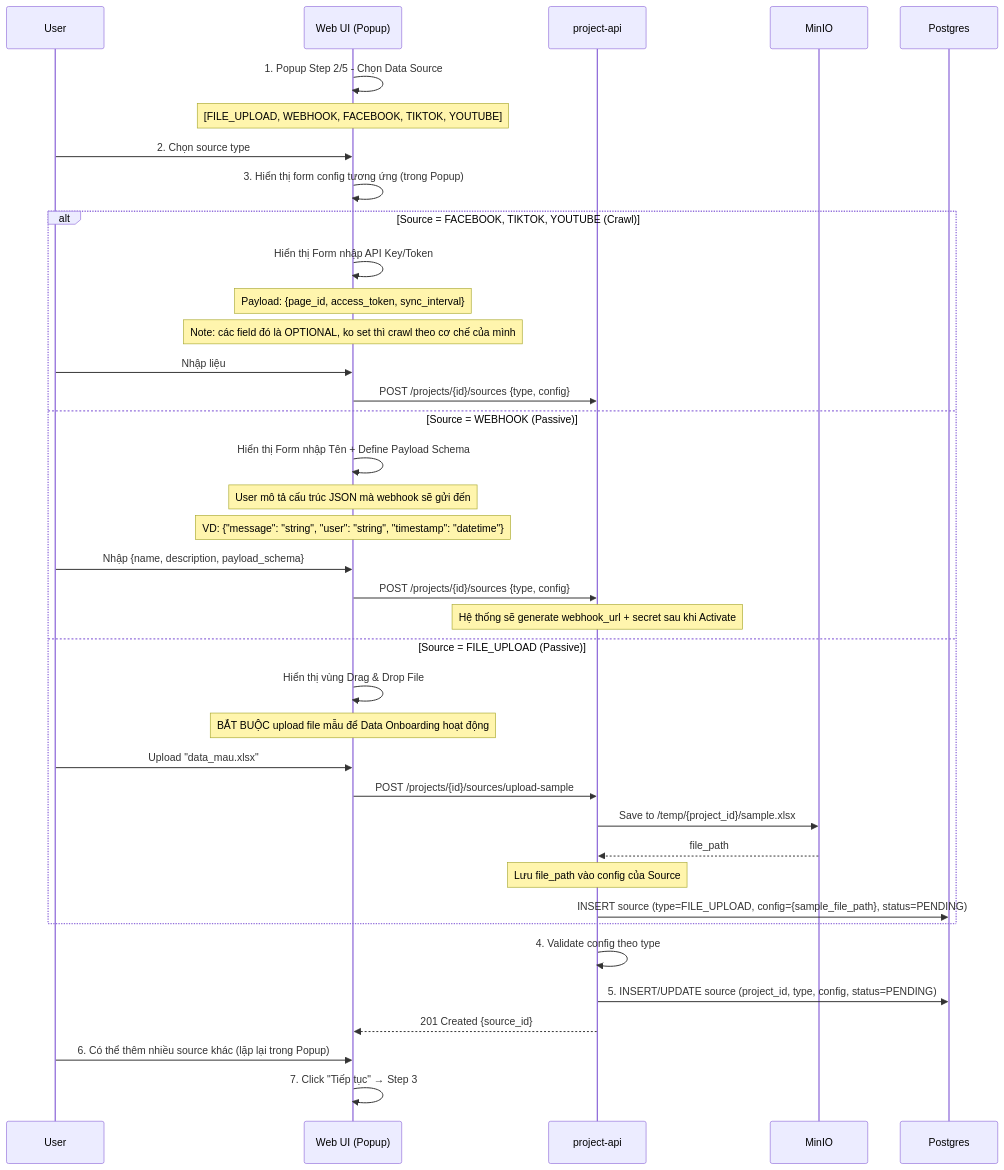
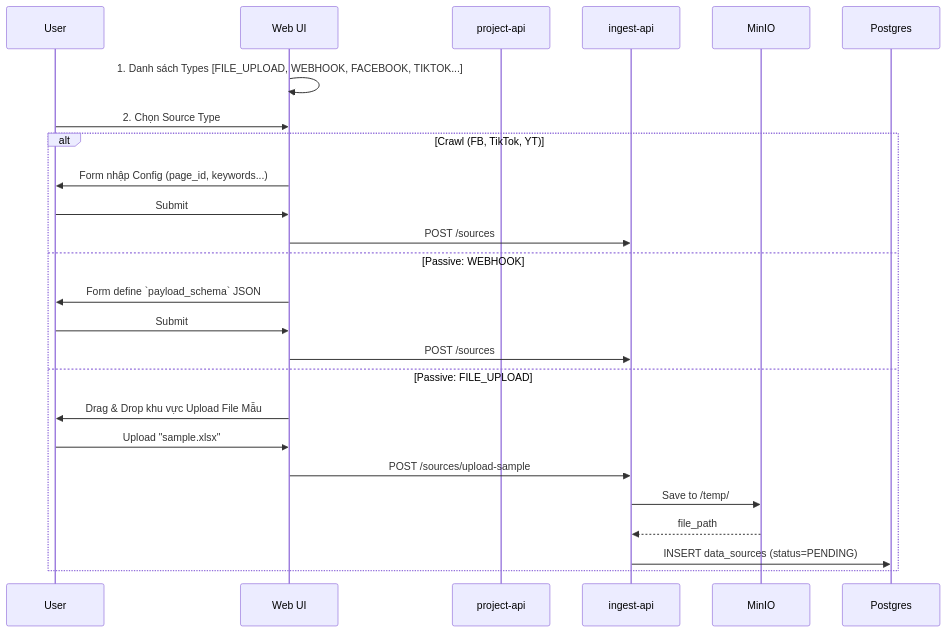
Before and after one commit to smap-hcmut/report: the third of 8 diagrams in documents/dataflow-detailed.md, drawn with Mermaid. The commit also changed other lines of this file and 1 other file, not shown here.

Commit message:
feat: Update data flow to v3.0, introduce new Auth and Analytics services, and implement the Campaign-Project-DataSource hierarchy.

````diff
--- a/documents/dataflow-detailed.md
+++ b/documents/dataflow-detailed.md
@@ -140,45 +129,29 @@
 ```mermaid
 sequenceDiagram
     participant User as User
-    participant UI as Web UI (Popup)
-    participant API as project-api
+    participant UI as Web UI
+    participant P_API as project-api
+    participant I_API as ingest-api
     participant MinIO as MinIO
     participant DB as Postgres
 
-    UI->>UI: 1. Popup Step 2/5 - Chọn Data Source
-    Note over UI: [FILE_UPLOAD, WEBHOOK, FACEBOOK, TIKTOK, YOUTUBE]
+    UI->>UI: 1. Danh sách Types [FILE_UPLOAD, WEBHOOK, FACEBOOK, TIKTOK...]
+    User->>UI: 2. Chọn Source Type
 
-    User->>UI: 2. Chọn source type
-    UI->>UI: 3. Hiển thị form config tương ứng (trong Popup)
-
-    alt Source = FACEBOOK, TIKTOK, YOUTUBE (Crawl)
-        UI->>UI: Hiển thị Form nhập API Key/Token
-        Note over UI: Payload: {page_id, access_token, sync_interval}
-        Note over UI: Note: các field đó là OPTIONAL, ko set thì crawl theo cơ chế của mình
-        User->>UI: Nhập liệu
-        UI->>API: POST /projects/{id}/sources {type, config}
-    else Source = WEBHOOK (Passive)
-        UI->>UI: Hiển thị Form nhập Tên + Define Payload Schema
-        Note over UI: User mô tả cấu trúc JSON mà webhook sẽ gửi đến
-        Note over UI: VD: {"message": "string", "user": "string", "timestamp": "datetime"}
-        User->>UI: Nhập {name, description, payload_schema}
-        UI->>API: POST /projects/{id}/sources {type, config}
-        Note over API: Hệ thống sẽ generate webhook_url + secret sau khi Activate
-    else Source = FILE_UPLOAD (Passive)
-        UI->>UI: Hiển thị vùng Drag & Drop File
-        Note over UI: BẮT BUỘC upload file mẫu để Data Onboarding hoạt động
-        User->>UI: Upload "data_mau.xlsx"
-        UI->>API: POST /projects/{id}/sources/upload-sample
-        API->>MinIO: Save to /temp/{project_id}/sample.xlsx
-        MinIO-->>API: file_path
-        Note over API: Lưu file_path vào config của Source
-        API->>DB: INSERT source (type=FILE_UPLOAD, config={sample_file_path}, status=PENDING)
+    alt Crawl (FB, TikTok, YT)
+        UI->>User: Form nhập Config (page_id, keywords...)
+        User->>UI: Submit
+        UI->>I_API: POST /sources
+    else Passive: WEBHOOK
+        UI->>User: Form define `payload_schema` JSON
+        User->>UI: Submit
+        UI->>I_API: POST /sources
+    else Passive: FILE_UPLOAD
+        UI->>User: Drag & Drop khu vực Upload File Mẫu
+        User->>UI: Upload "sample.xlsx"
+        UI->>I_API: POST /sources/upload-sample
+        I_API->>MinIO: Save to /temp/
+        MinIO-->>I_API: file_path
+        I_API->>DB: INSERT data_sources (status=PENDING)
     end
-
-    API->>API: 4. Validate config theo type
-    API->>DB: 5. INSERT/UPDATE source (project_id, type, config, status=PENDING)
-    API-->>UI: 201 Created {source_id}
-
-    User->>UI: 6. Có thể thêm nhiều source khác (lặp lại trong Popup)
-    UI->>UI: 7. Click "Tiếp tục" → Step 3
 ```
````
